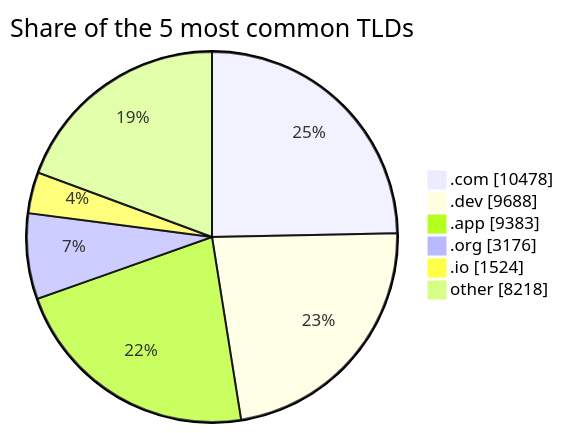
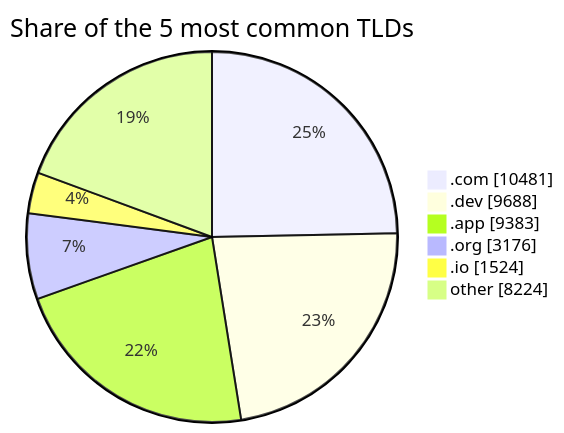
The third of 3 diagrams in README.md (DNSBunker/CTI), drawn with Mermaid before and after one commit. The commit also changed other lines of this file and 3 other files, not shown here.

````diff
--- a/README.md
+++ b/README.md
@@ -81,9 +81,9 @@
 ```mermaid
 pie showData title Share of the 5 most common TLDs
-    ".com" : 10478
+    ".com" : 10481
     ".dev" : 9688
     ".app" : 9383
     ".org" : 3176
     ".io" : 1524
-    "other" : 8218
+    "other" : 8224
 ```
````
